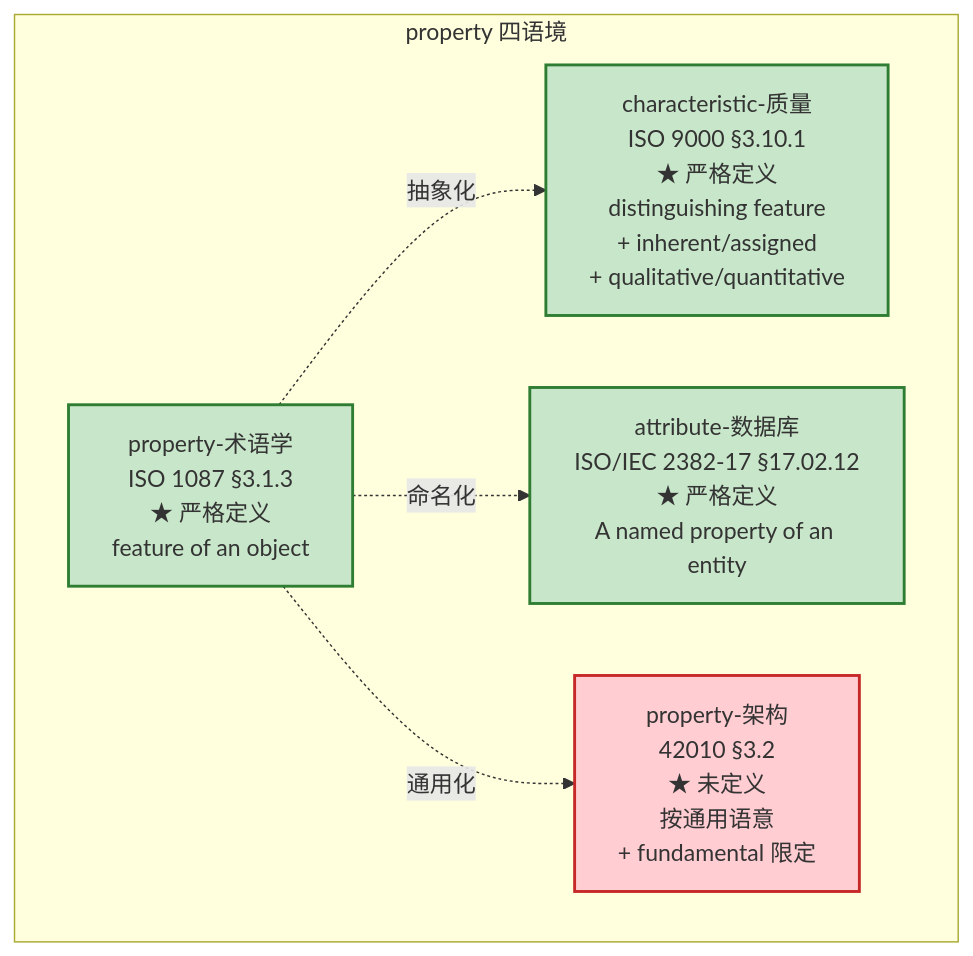
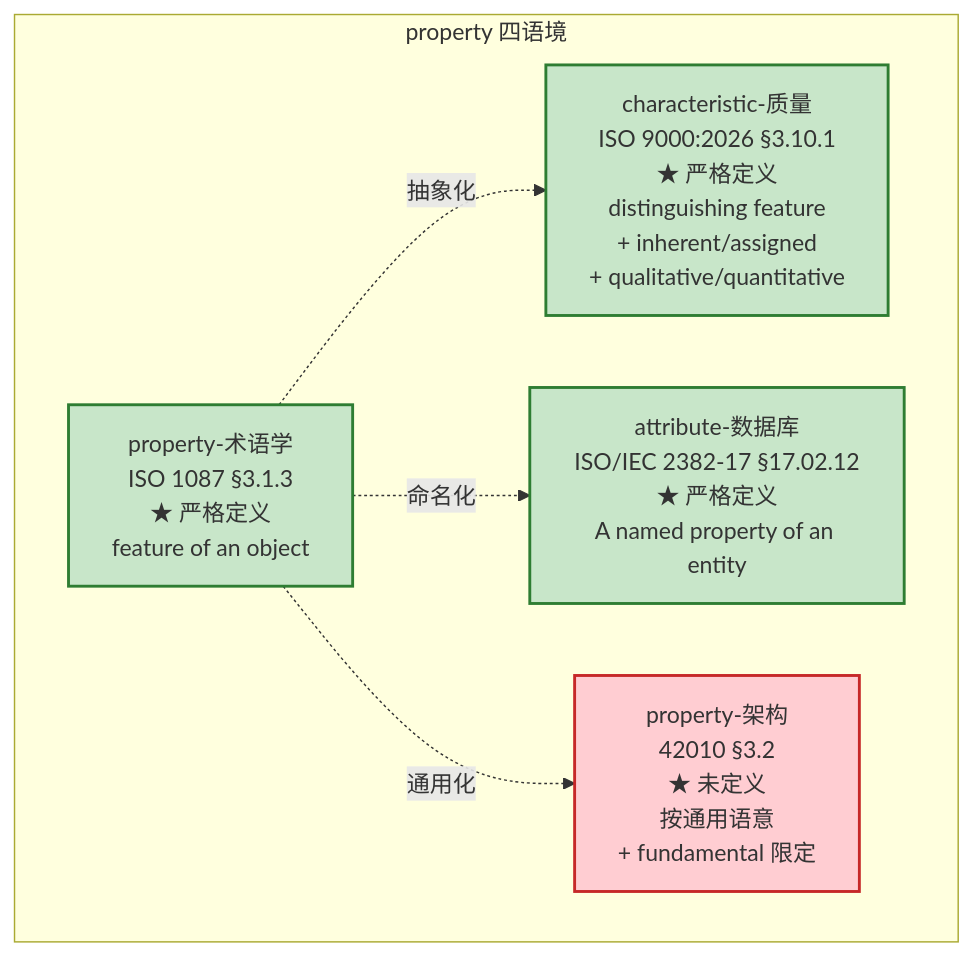
The fifth of 17 diagrams in 100-subprojects/01-系统工程研究/00-系统工程相关研究报告/22-架构、概念、属性研究报告—术语权威定义与对照分析.md (Yongjunzhou/AOS-system-design), drawn with Mermaid before and after one commit. The commit also changed other lines of this file and 38 other files, not shown here.

````diff
--- a/100-subprojects/01-系统工程研究/00-系统工程相关研究报告/22-架构、概念、属性研究报告—术语权威定义与对照分析.md
+++ b/100-subprojects/01-系统工程研究/00-系统工程相关研究报告/22-架构、概念、属性研究报告—术语权威定义与对照分析.md
@@ -478,18 +502,18 @@
 ```mermaid
 flowchart TB
     subgraph "property 四语境"
         P1087["property-术语学<br/>ISO 1087 §3.1.3<br/>★ 严格定义<br/>feature of an object"]
-        P9000["characteristic-质量<br/>ISO 9000 §3.10.1<br/>★ 严格定义<br/>distinguishing feature<br/>+ inherent/assigned<br/>+ qualitative/quantitative"]
+        P9000["characteristic-质量<br/>ISO 9000:2026 §3.10.1<br/>★ 严格定义<br/>distinguishing feature<br/>+ inherent/assigned<br/>+ qualitative/quantitative"]
         P2382["attribute-数据库<br/>ISO/IEC 2382-17 §17.02.12<br/>★ 严格定义<br/>A named property of an entity"]
         P42010["property-架构<br/>42010 §3.2<br/>★ 未定义<br/>按通用语意<br/>+ fundamental 限定"]
     end
 
     P1087 -.抽象化.-> P9000
     P1087 -.命名化.-> P2382
     P1087 -.通用化.-> P42010
 
     classDef defined fill:#c8e6c9,stroke:#2e7d32,stroke-width:2px
     classDef undefined fill:#ffcdd2,stroke:#c62828,stroke-width:2px
     class P1087,P9000,P2382 defined
     class P42010 undefined
 ```
````
